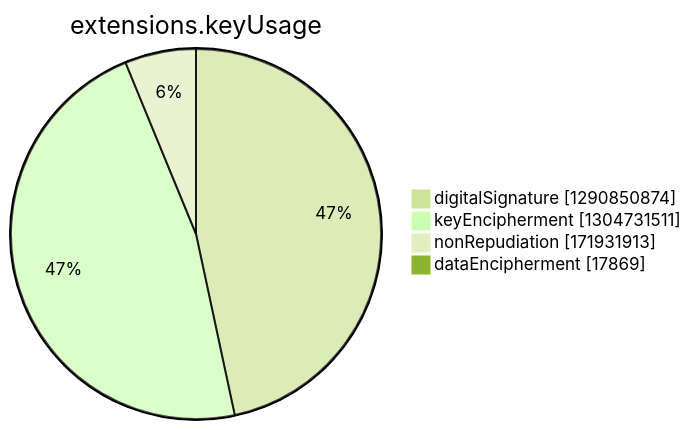
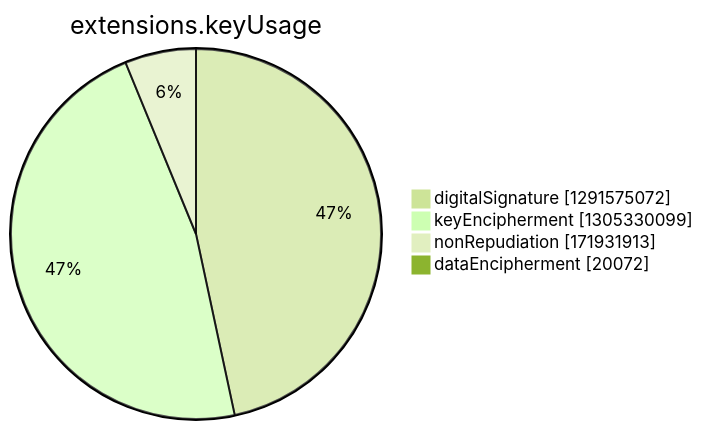
One commit to christiankrug/ctmonitor_visualization changed the seventh of 15 diagrams in argon2022/README.md. Above: the diagram before and after it, drawn with Mermaid (forest theme). The commit also changed other lines of this file, not shown here.

````diff
--- a/argon2022/README.md
+++ b/argon2022/README.md
@@ -2748,8 +2748,8 @@
 ```mermaid
 pie showData
 title extensions.keyUsage
-"digitalSignature" :1290850874
-"keyEncipherment" :1304731511
+"digitalSignature" :1291575072
+"keyEncipherment" :1305330099
 "nonRepudiation" :171931913
-"dataEncipherment" :17869
+"dataEncipherment" :20072
 ```
````
